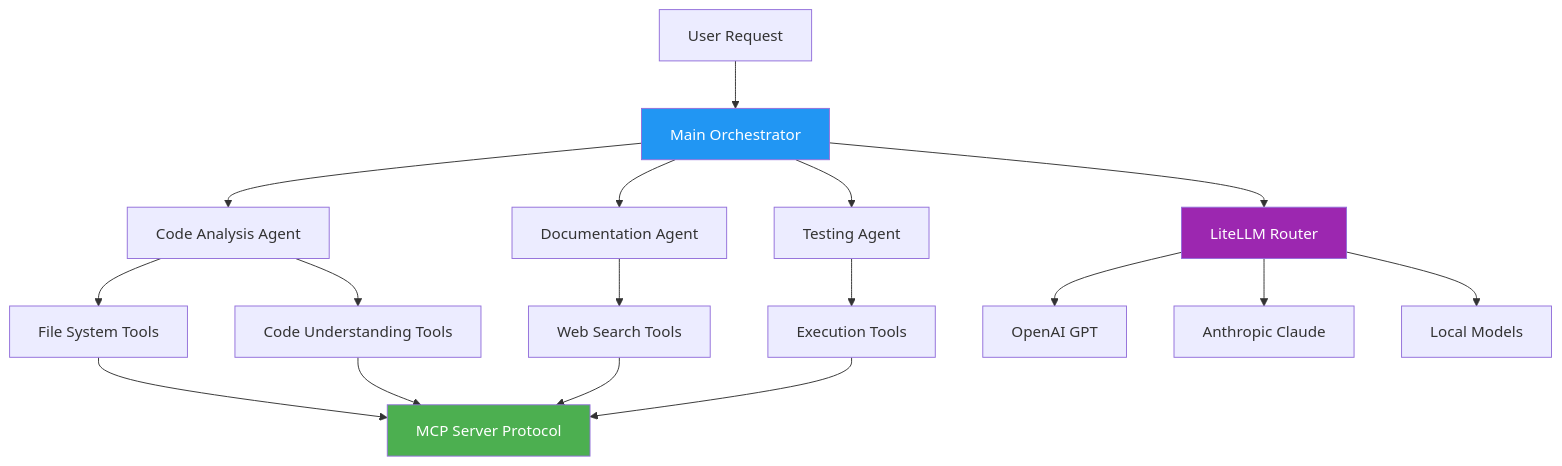
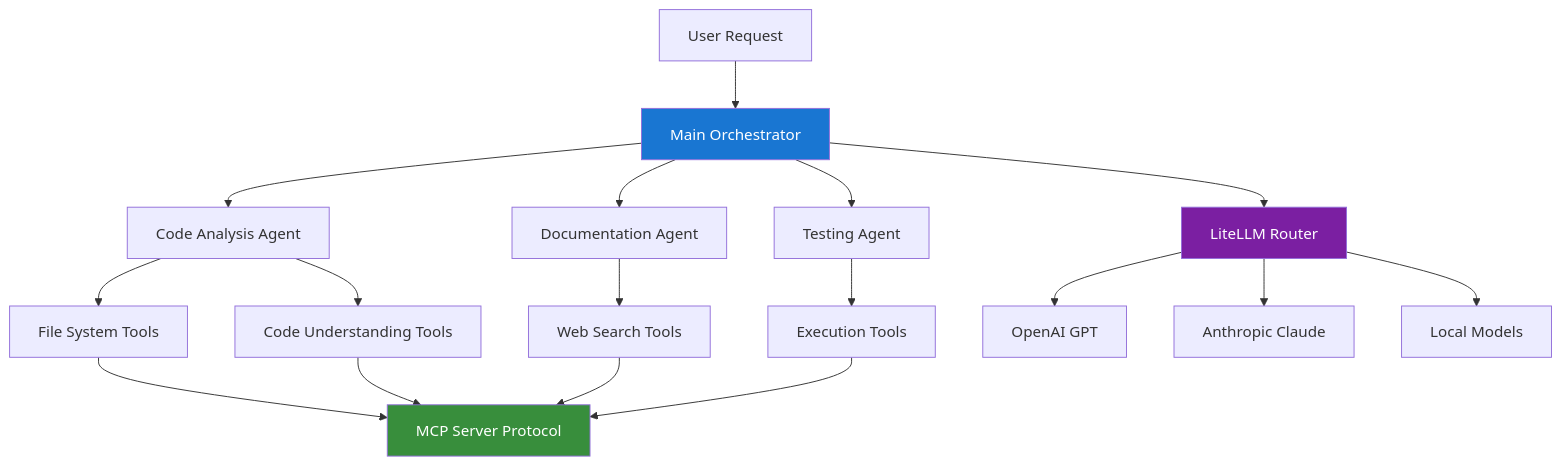
The third of 15 diagrams in docs-content/01_frameworks/Session1_ModuleD_Coding_Assistant_Case_Study.md (fwornle/agentic-ai-nano), drawn with Mermaid before and after one commit. The commit also changed other lines of this file, not shown here.

````diff
--- a/docs-content/01_frameworks/Session1_ModuleD_Coding_Assistant_Case_Study.md
+++ b/docs-content/01_frameworks/Session1_ModuleD_Coding_Assistant_Case_Study.md
@@ -166,26 +166,26 @@
 ```mermaid
 graph TD
     U[User Request] --> O[Main Orchestrator]
     O --> A1[Code Analysis Agent]
     O --> A2[Documentation Agent]  
     O --> A3[Testing Agent]
     
     A1 --> T1[File System Tools]
     A1 --> T2[Code Understanding Tools]
     A2 --> T3[Web Search Tools]
     A3 --> T4[Execution Tools]
     
     T1 --> MCP[MCP Server Protocol]
     T2 --> MCP
     T3 --> MCP
     T4 --> MCP
     
     O --> LLM[LiteLLM Router]
     LLM --> GP[OpenAI GPT]
     LLM --> CL[Anthropic Claude]
     LLM --> LO[Local Models]
     
-    style O fill:#2196F3,color:#ffffff
-    style LLM fill:#9C27B0,color:#ffffff
-    style MCP fill:#4CAF50,color:#ffffff
+    style O fill:#1976D2,color:#ffffff
+    style LLM fill:#7B1FA2,color:#ffffff
+    style MCP fill:#388E3C,color:#ffffff
 ```
````
